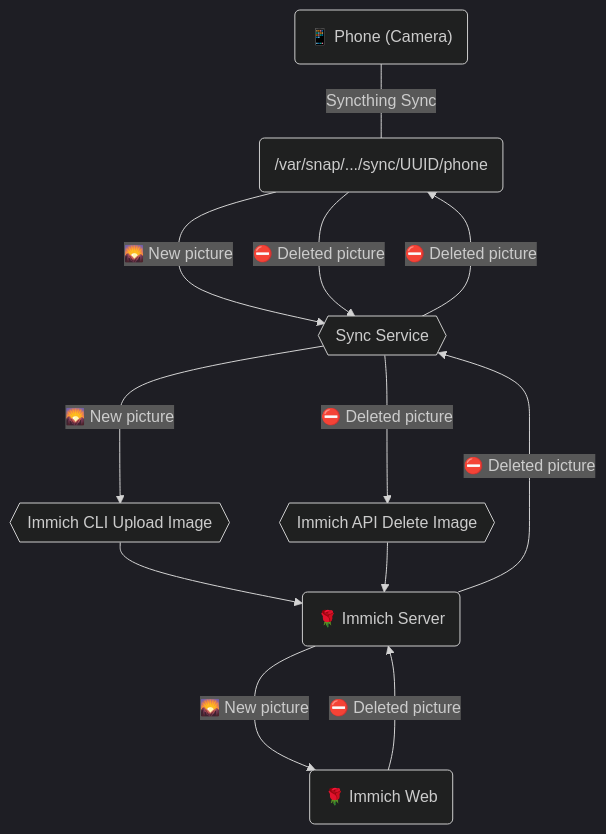
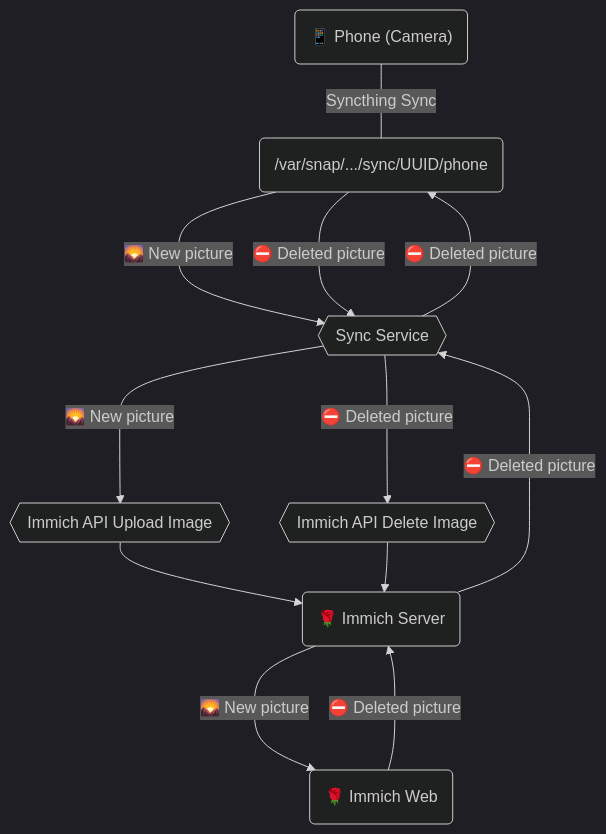
The second of 2 diagrams in docs/docs/configuration/sync.md (nsg/immich-distribution), drawn with Mermaid (dark theme) before and after one commit. The commit also changed other lines of this file and 3 other files, not shown here.

````diff
--- a/docs/docs/configuration/sync.md
+++ b/docs/docs/configuration/sync.md
@@ -70,22 +70,22 @@
 ``` mermaid
 graph TB
 P("📱 Phone (Camera)")
 IS("🌹 Immich Server")
 IW("🌹 Immich Web")
 SY("/var/snap/.../sync/UUID/phone")
-CLI{{"Immich CLI Upload Image"}}
+CLI{{"Immich API Upload Image"}}
 API{{"Immich API Delete Image"}}
 SYNC{{"Sync Service"}}
 
 P -- "Syncthing Sync" --- SY
 
 SY -- "🌄 New picture" ---> SYNC
 SY -- "⛔ Deleted picture" ---> SYNC
 SYNC -- "⛔ Deleted picture" ---> SY
 
 SYNC -- "🌄 New picture" ---> CLI --> IS
 SYNC -- "⛔ Deleted picture" ---> API --> IS
 IS -- "⛔ Deleted picture" ---> SYNC
 IS -- "🌄 New picture" ---> IW
 IW -- "⛔ Deleted picture" ---> IS
 ```
````
